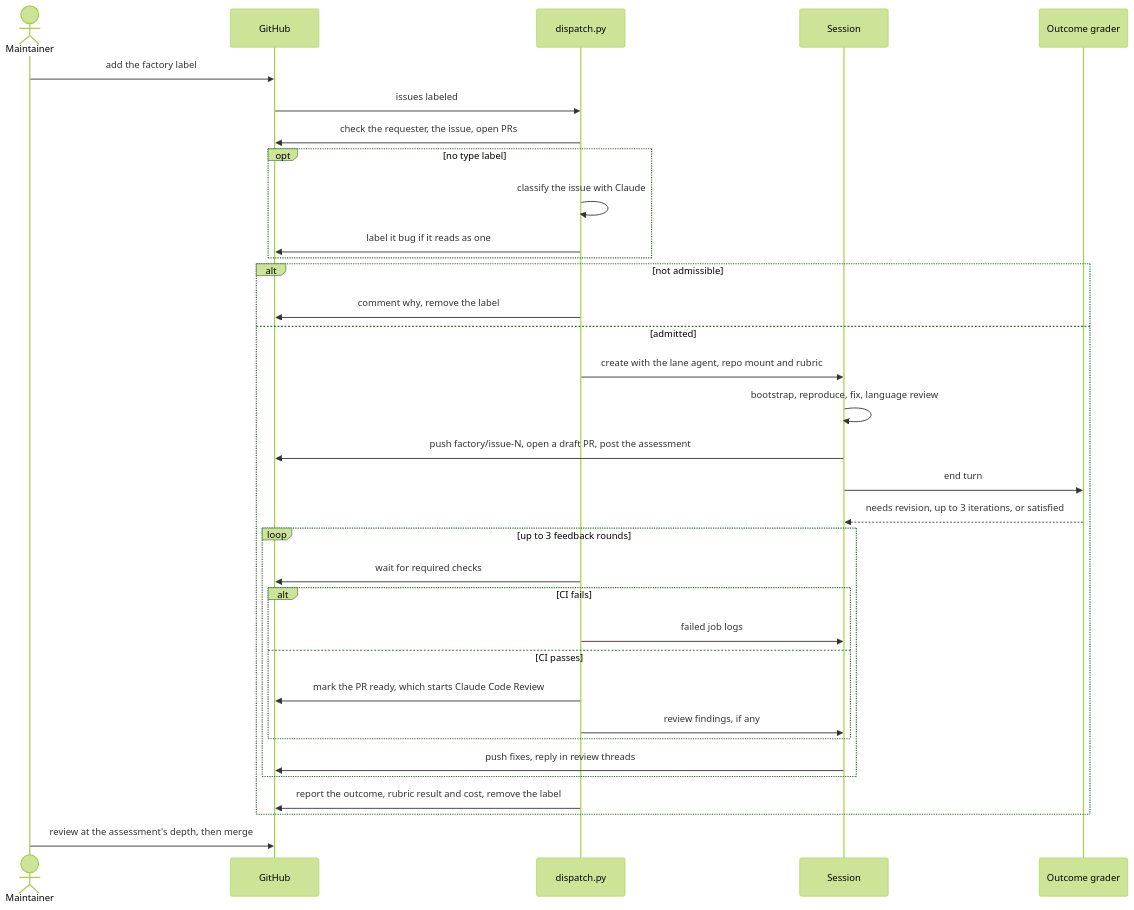
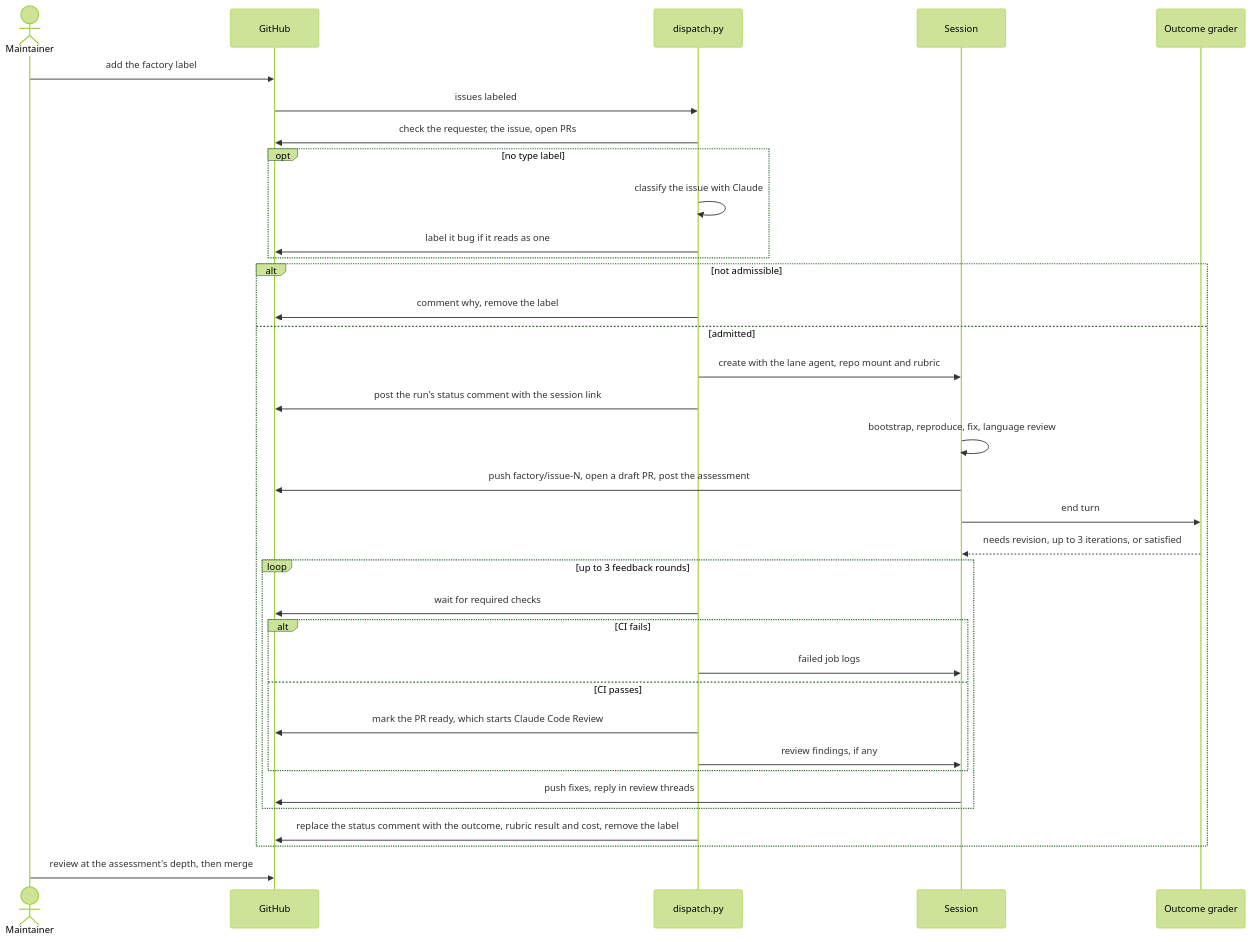
Before and after one commit to Arize-ai/openinference: the third of 5 diagrams in factory/README.md, drawn with Mermaid (forest theme). The commit also changed other lines of this file and 5 other files, not shown here.

Commit message:
feat(factory): one status comment per run and a review scorecard with status emoji (#4235)

````diff
--- a/factory/README.md
+++ b/factory/README.md
@@ -111,37 +111,38 @@
 ```mermaid
 sequenceDiagram
   actor maintainer as Maintainer
   participant github as GitHub
   participant dispatch as dispatch.py
   participant session as Session
   participant grader as Outcome grader
 
   maintainer->>github: add the factory label
   github->>dispatch: issues labeled
   dispatch->>github: check the requester, the issue, open PRs
   opt no type label
     dispatch->>dispatch: classify the issue with Claude
     dispatch->>github: label it bug if it reads as one
   end
   alt not admissible
     dispatch->>github: comment why, remove the label
   else admitted
     dispatch->>session: create with the lane agent, repo mount and rubric
+    dispatch->>github: post the run's status comment with the session link
     session->>session: bootstrap, reproduce, fix, language review
     session->>github: push factory/issue-N, open a draft PR, post the assessment
     session->>grader: end turn
     grader-->>session: needs revision, up to 3 iterations, or satisfied
     loop up to 3 feedback rounds
       dispatch->>github: wait for required checks
       alt CI fails
         dispatch->>session: failed job logs
       else CI passes
         dispatch->>github: mark the PR ready, which starts Claude Code Review
         dispatch->>session: review findings, if any
       end
       session->>github: push fixes, reply in review threads
     end
-    dispatch->>github: report the outcome, rubric result and cost, remove the label
+    dispatch->>github: replace the status comment with the outcome, rubric result and cost, remove the label
   end
   maintainer->>github: review at the assessment's depth, then merge
 ```
````
